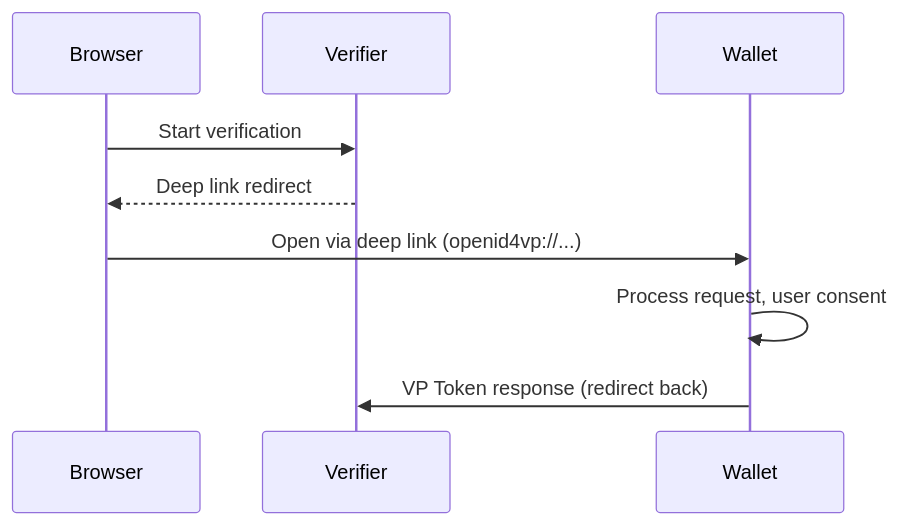
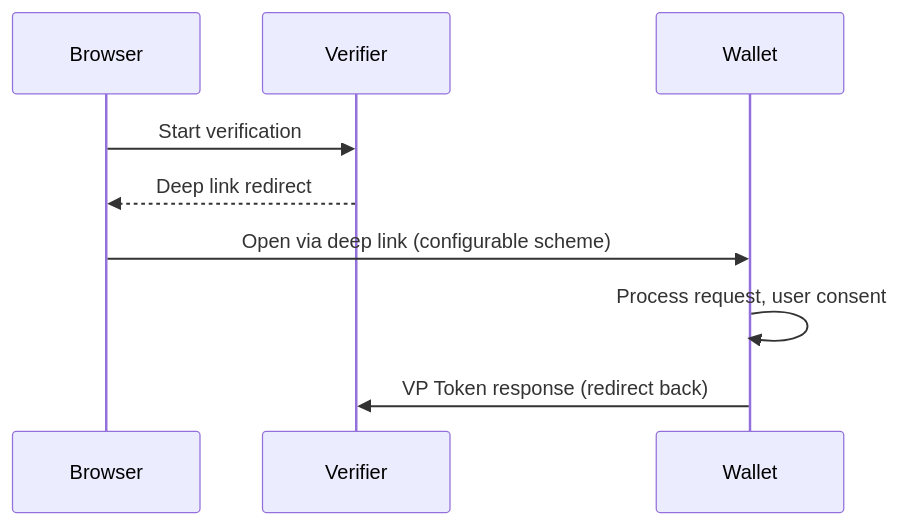
Before and after one commit to openwallet-foundation-labs/sd-jwt-dotnet: the third of 3 diagrams in docs/proposals/delivery-qr-deep-links.md, drawn with Mermaid. The commit also changed other lines of this file and 364 other files, not shown here.

````diff
--- a/docs/proposals/delivery-qr-deep-links.md
+++ b/docs/proposals/delivery-qr-deep-links.md
@@ -117,12 +185,12 @@
 ```mermaid
 sequenceDiagram
     participant Browser
     participant Verifier
     participant Wallet
 
     Browser->>Verifier: Start verification
     Verifier-->>Browser: Deep link redirect
-    Browser->>Wallet: Open via deep link (openid4vp://...)
+    Browser->>Wallet: Open via deep link (configurable scheme)
     Wallet->>Wallet: Process request, user consent
     Wallet->>Verifier: VP Token response (redirect back)
 ```
````
